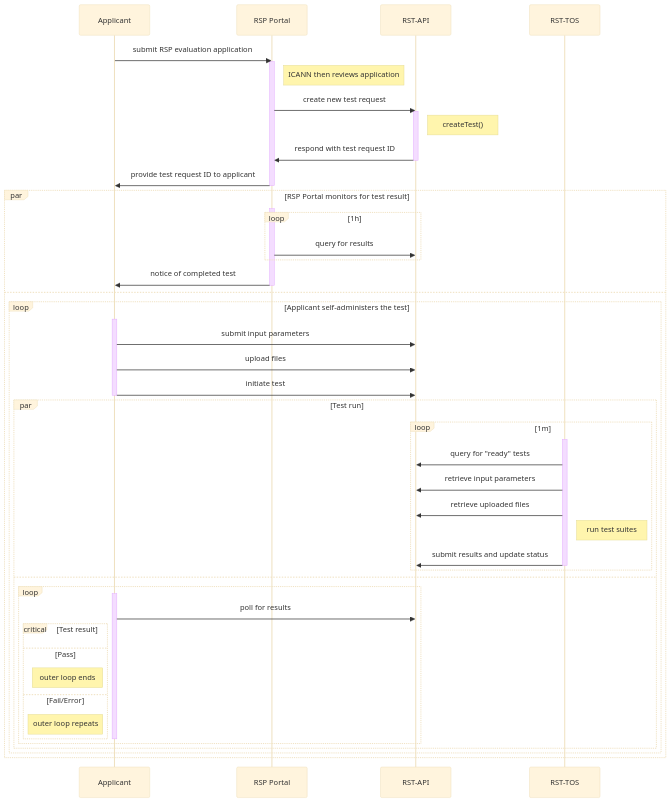
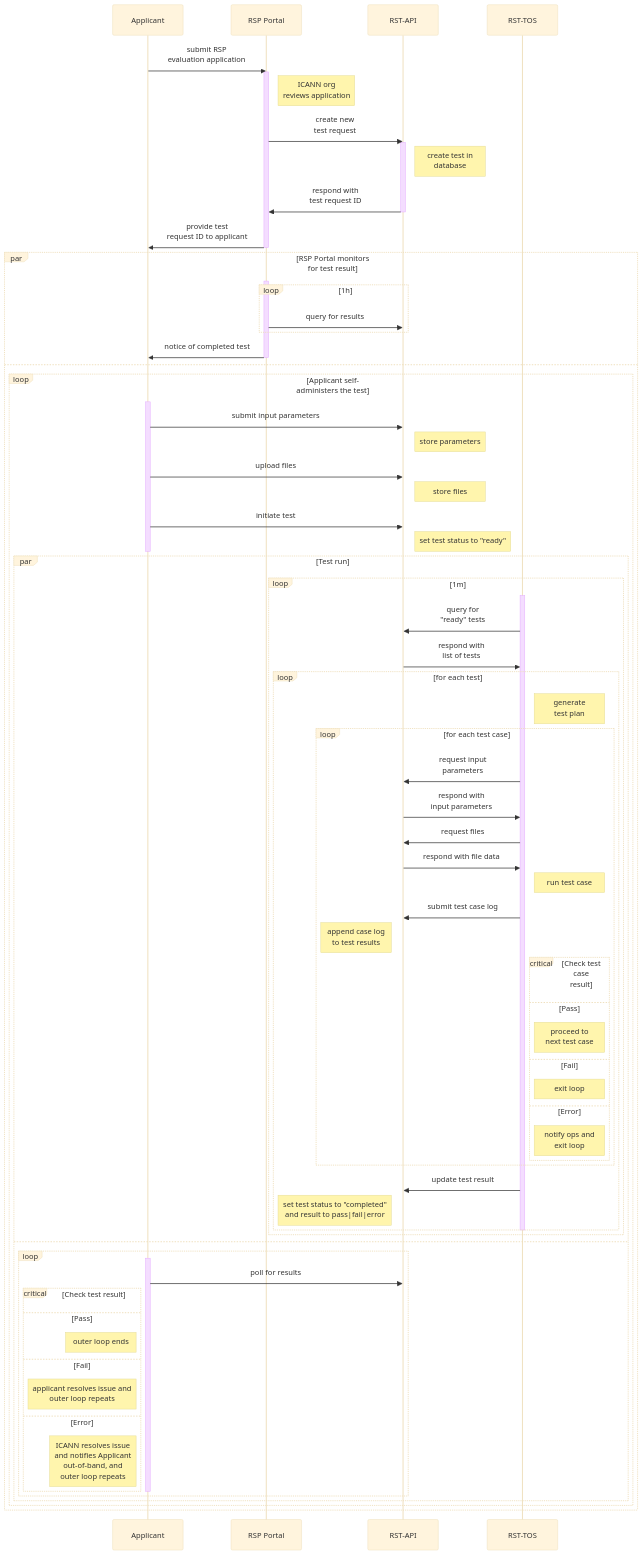
The diagram in etc/workflow.mmd (icann/rst-api-spec), drawn with Mermaid (base theme) before and after one commit. The commit also changed 1 other file, not shown here.

```diff
--- a/etc/workflow.mmd
+++ b/etc/workflow.mmd
@@ -1,60 +1,84 @@
 sequenceDiagram
-    Applicant->>RSP Portal: submit RSP evaluation application
+    Applicant->>RSP Portal: submit RSP<br>evaluation application
 
     Activate RSP Portal
 
-    Note right of RSP Portal: ICANN then reviews application
+    Note right of RSP Portal: ICANN org<br>reviews application
 
-    RSP Portal->>RST-API: create new test request
+    RSP Portal->>RST-API: create new<br>test request
 
     Activate RST-API
-    Note right of RST-API: createTest()
-    RST-API->>RSP Portal: respond with test request ID
+    Note right of RST-API: create test in<br>database
+    RST-API->>RSP Portal: respond with<br>test request ID
     Deactivate RST-API
 
-    RSP Portal->>Applicant: provide test request ID to applicant
+    RSP Portal->>Applicant: provide test<br>request ID to applicant
 
     Deactivate RSP Portal
 
-    par RSP Portal monitors for test result
+    par RSP Portal monitors<br>for test result
         Activate RSP Portal
 
         loop 1h
             RSP Portal->>RST-API: query for results
         end
 
         RSP Portal->>Applicant: notice of completed test
 
         Deactivate RSP Portal
     and
-        loop Applicant self-administers the test
+        loop Applicant self-<br>administers the test
             Activate Applicant
             Applicant->>RST-API: submit input parameters
+            Note right of RST-API: store parameters
             Applicant->>RST-API: upload files
+            Note right of RST-API: store files
             Applicant->>RST-API: initiate test
+            Note right of RST-API: set test status to "ready"
             Deactivate Applicant
             par Test run
                 loop 1m
                     Activate RST-TOS
-                    RST-TOS->>RST-API: query for "ready" tests
-                    RST-TOS->>RST-API: retrieve input parameters
-                    RST-TOS->>RST-API: retrieve uploaded files
-                    Note right of RST-TOS: run test suites
-                    RST-TOS->>RST-API: submit results and update status
+                    RST-TOS->>RST-API: query for<br>"ready" tests
+                    RST-API->>RST-TOS: respond with<br>list of tests
+                    loop for each test
+                        Note right of RST-TOS: generate<br>test plan
+                        loop for each test case
+                            RST-TOS->>RST-API: request input<br>parameters
+                            RST-API->>RST-TOS: respond with<br>input parameters
+                            RST-TOS->>RST-API: request files
+                            RST-API->>RST-TOS: respond with file data
+                            Note right of RST-TOS: run test case
+                            RST-TOS->>RST-API: submit test case log
+                            Note left of RST-API: append case log<br>to test results
+                            critical Check test case result
+                            option Pass
+                                note right of RST-TOS: proceed to<br>next test case
+                            option Fail
+                                note right of RST-TOS: exit loop
+                            option Error
+                                note right of RST-TOS: notify ops and <br>exit loop
+                            end
+                        end
+                        RST-TOS->>RST-API: update test result
+                        Note left of RST-API: set test status to "completed"<br>and result to pass|fail|error
+                    end
                     Deactivate RST-TOS
                 end
             and
                 loop
                     Activate Applicant
                     Applicant->>RST-API: poll for results
-                    critical Test result
+                    critical Check test result
                     option Pass
                         Note left of Applicant: outer loop ends
-                    option Fail/Error
-                        Note left of Applicant: outer loop repeats
+                    option Fail
+                        note left of Applicant: applicant resolves issue and<br>outer loop repeats
+                    option Error
+                        Note left of Applicant: ICANN resolves issue<br>and notifies Applicant<br>out-of-band, and<br>outer loop repeats
                     end
                     Deactivate Applicant
                 end
             end
         end
     end
```
